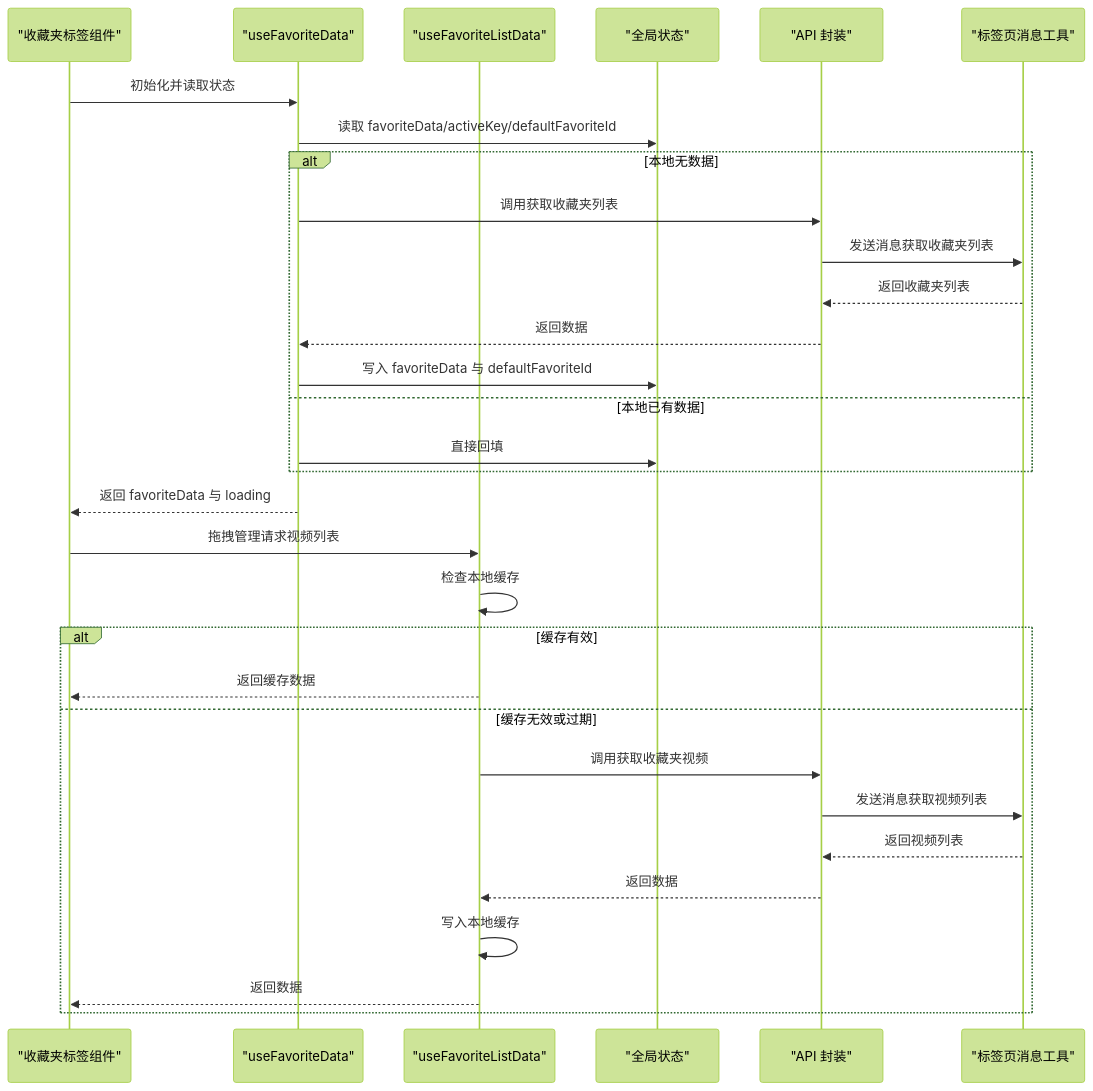
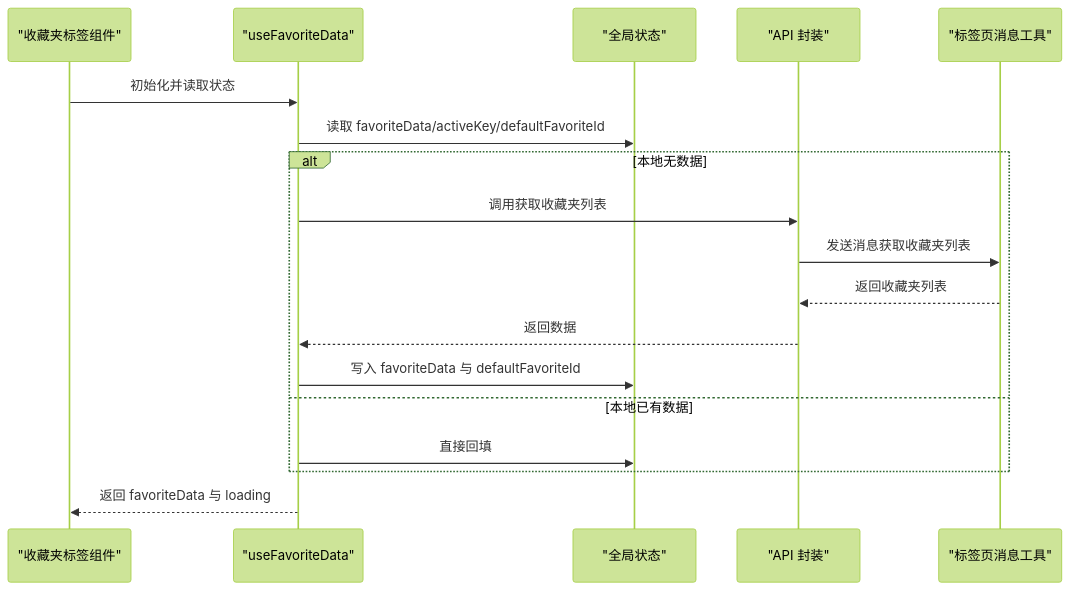
The second of 11 diagrams in .qoder/repowiki/zh/content/核心功能模块/收藏夹管理系统.md (RadiumAg/bilibili-favorites), drawn with Mermaid (forest theme) before and after one commit. The commit also changed other lines of this file and 27 other files, not shown here.

````diff
--- a/.qoder/repowiki/zh/content/核心功能模块/收藏夹管理系统.md
+++ b/.qoder/repowiki/zh/content/核心功能模块/收藏夹管理系统.md
@@ -149,33 +171,20 @@
 ```mermaid
 sequenceDiagram
 participant UI as "收藏夹标签组件"
 participant Hook as "useFavoriteData"
-participant ListHook as "useFavoriteListData"
 participant Store as "全局状态"
 participant API as "API 封装"
 participant Tab as "标签页消息工具"
 UI->>Hook : 初始化并读取状态
 Hook->>Store : 读取 favoriteData/activeKey/defaultFavoriteId
 alt 本地无数据
 Hook->>API : 调用获取收藏夹列表
 API->>Tab : 发送消息获取收藏夹列表
 Tab-->>API : 返回收藏夹列表
 API-->>Hook : 返回数据
 Hook->>Store : 写入 favoriteData 与 defaultFavoriteId
 else 本地已有数据
 Hook->>Store : 直接回填
 end
 Hook-->>UI : 返回 favoriteData 与 loading
-UI->>ListHook : 拖拽管理请求视频列表
-ListHook->>ListHook : 检查本地缓存
-alt 缓存有效
-ListHook-->>UI : 返回缓存数据
-else 缓存无效或过期
-ListHook->>API : 调用获取收藏夹视频
-API->>Tab : 发送消息获取视频列表
-Tab-->>API : 返回视频列表
-API-->>ListHook : 返回数据
-ListHook->>ListHook : 写入本地缓存
-ListHook-->>UI : 返回数据
-end
 ```
````
